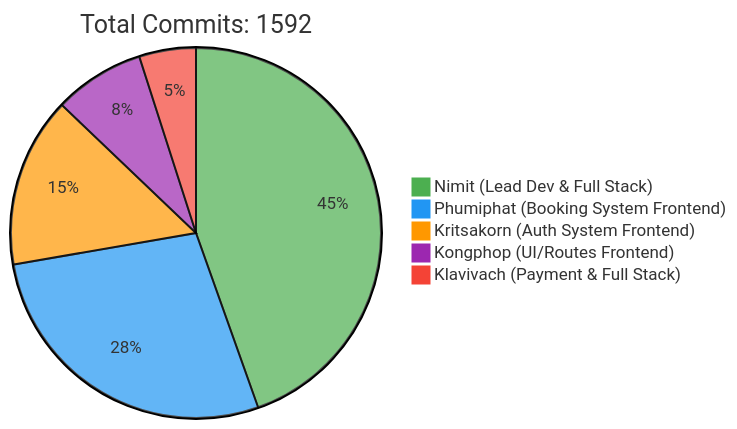
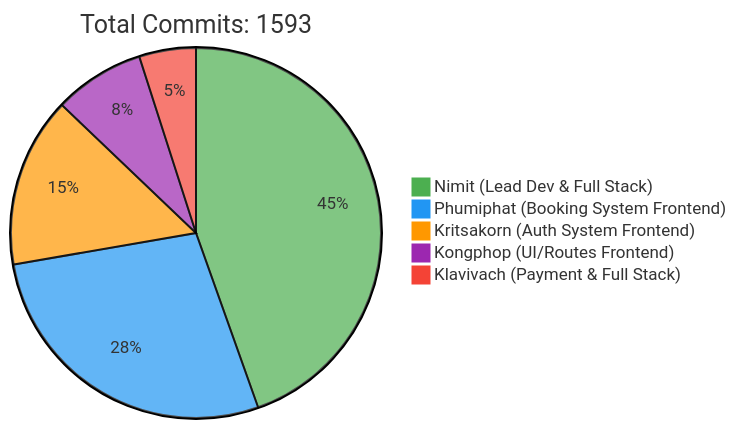
The first of 2 diagrams in README.md (6531503042/Sport-Complex), drawn with Mermaid before and after one commit. The commit also changed other lines of this file, not shown here.

Commit message:
docs: Update contributor statistics [skip ci]

````diff
--- a/README.md
+++ b/README.md
@@ -257,10 +257,10 @@
 ```mermaid
 %%{init: {'theme': 'base', 'themeVariables': { 'pie1': '#4CAF50', 'pie2': '#2196F3', 'pie3': '#FF9800', 'pie4': '#9C27B0', 'pie5': '#F44336'}}}%%
 pie
-    title Total Commits: 1592
+    title Total Commits: 1593
     "Nimit (Lead Dev & Full Stack)" : 450
     "Phumiphat (Booking System Frontend)" : 280
     "Kritsakorn (Auth System Frontend)" : 150
     "Kongphop (UI/Routes Frontend)" : 80
     "Klavivach (Payment & Full Stack)" : 50
 ```
````
